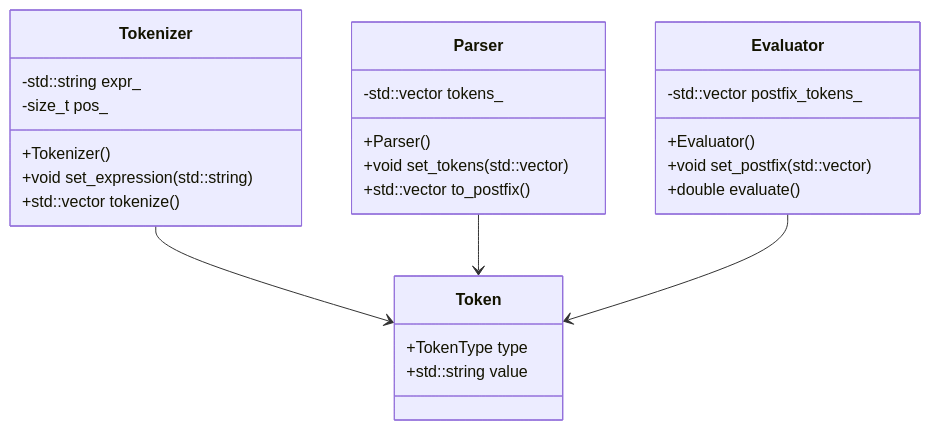
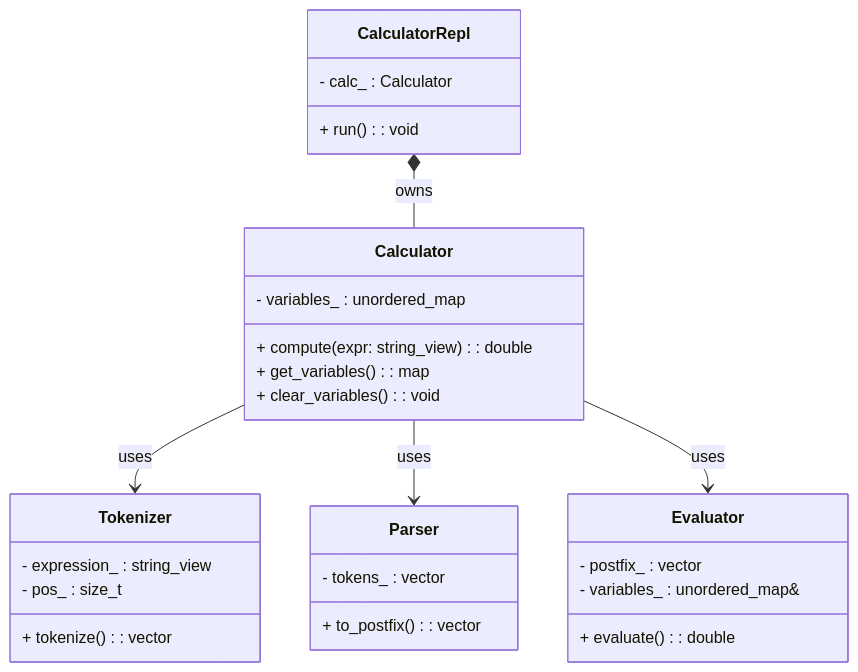
Before and after one commit to cheung4843/calculator-gui: the diagram in docs/UML.md, drawn with Mermaid. The commit also changed other lines of this file and 1 other file, not shown here.

Commit message:
docs: README and UML

````diff
--- a/docs/UML.md
+++ b/docs/UML.md
@@ -1,34 +3,37 @@
 ```mermaid
 classDiagram
-    class Token {
-        +TokenType type
-        +std::string value
-    }
+  class Tokenizer {
+    - expression_ : string_view
+    - pos_ : size_t
+    + tokenize() : vector<Token>
+  }
 
-    class Tokenizer {
-        -std::string expr_
-        -size_t pos_
-        +Tokenizer()
-        +void set_expression(std::string)
-        +std::vector<Token> tokenize()
-    }
+  class Parser {
+    - tokens_ : vector<Token>
+    + to_postfix() : vector<Token>
+  }
 
-    class Parser {
-        -std::vector<Token> tokens_
-        +Parser()
-        +void set_tokens(std::vector<Token>)
-        +std::vector<Token> to_postfix()
-    }
+  class Evaluator {
+    - postfix_ : vector<Token>
+    - variables_ : unordered_map<string, double>&
+    + evaluate() : double
+  }
 
-    class Evaluator {
-        -std::vector<Token> postfix_tokens_
-        +Evaluator()
-        +void set_postfix(std::vector<Token>)
-        +double evaluate()
-    }
+  class Calculator {
+    - variables_ : unordered_map<string, double>
+    + compute(expr: string_view) : double
+    + get_variables() : map<string, double>
+    + clear_variables() : void
+  }
 
-    %% 類別關係
-    Tokenizer --> Token
-    Parser --> Token
-    Evaluator --> Token
+  class CalculatorRepl {
+    - calc_ : Calculator
+    + run() : void
+  }
+
+  %% 關係
+  Calculator --> Tokenizer : uses
+  Calculator --> Parser : uses
+  Calculator --> Evaluator : uses
+  CalculatorRepl *-- Calculator : owns
 ```
````
